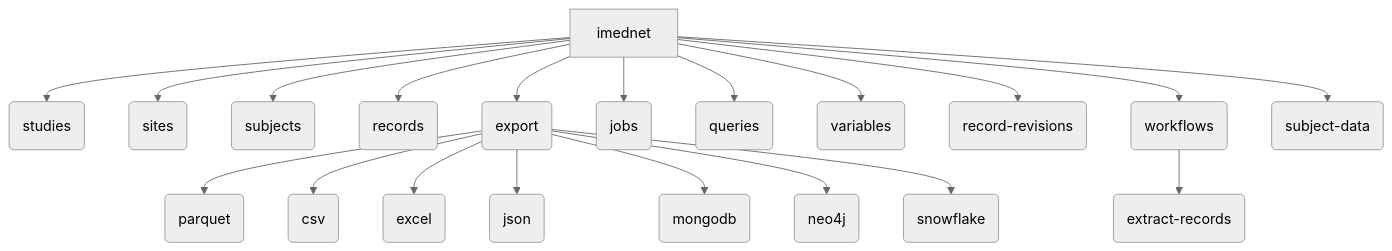
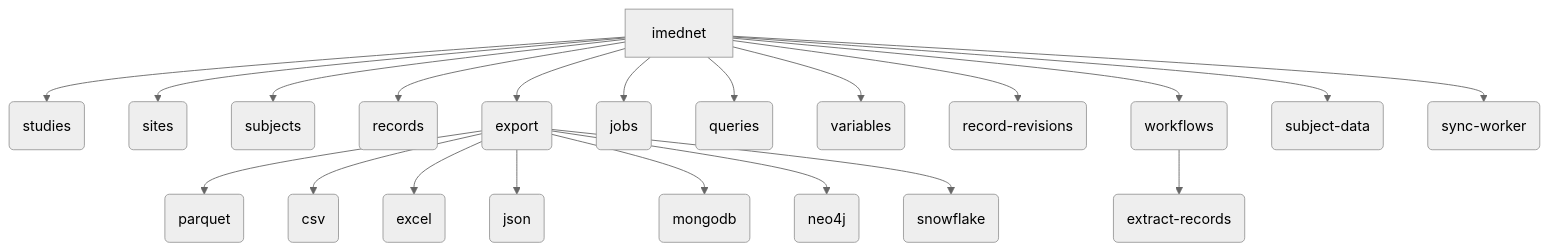
Before and after one commit to fderuiter/imednet-python-sdk: the diagram in docs/cli.rst, drawn with Mermaid (neutral theme). The commit also changed other lines of this file and 2 other files, not shown here.

First line of the commit message:
feat(workflows): add sync worker integration tests and docs

```diff
--- a/docs/cli.rst
+++ b/docs/cli.rst
@@ -28,22 +28,23 @@
 .. mermaid::
 
    graph TD
        A[imednet] --> B(studies)
        A --> C(sites)
        A --> D(subjects)
        A --> E(records)
        A --> F(export)
        F --> F1(parquet)
        F --> F2(csv)
        F --> F3(excel)
        F --> F4(json)
        F --> F5(mongodb)
        F --> F6(neo4j)
        F --> F7(snowflake)
        A --> G(jobs)
        A --> H(queries)
        A --> I(variables)
        A --> J("record-revisions")
        A --> K(workflows)
        K --> K1("extract-records")
        A --> L("subject-data")
+       A --> M("sync-worker")
```
